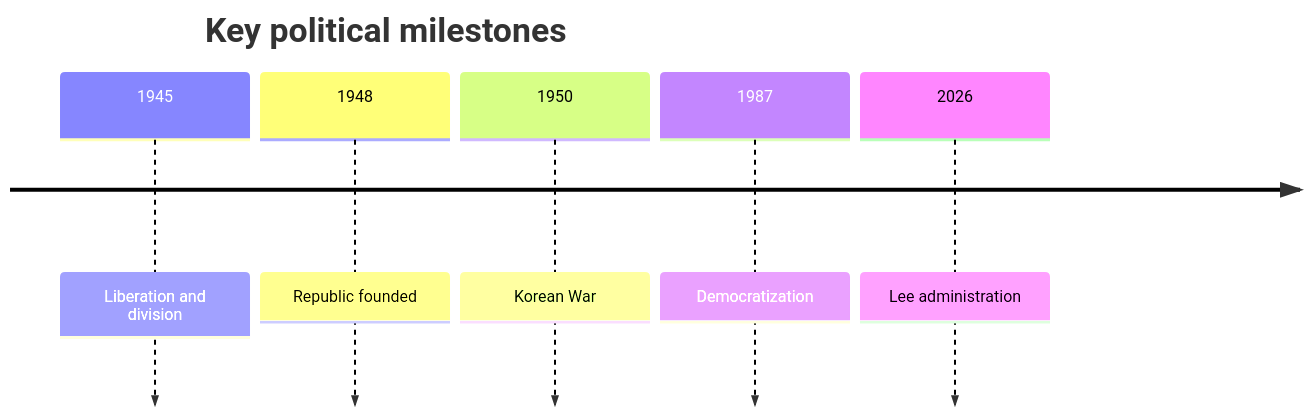
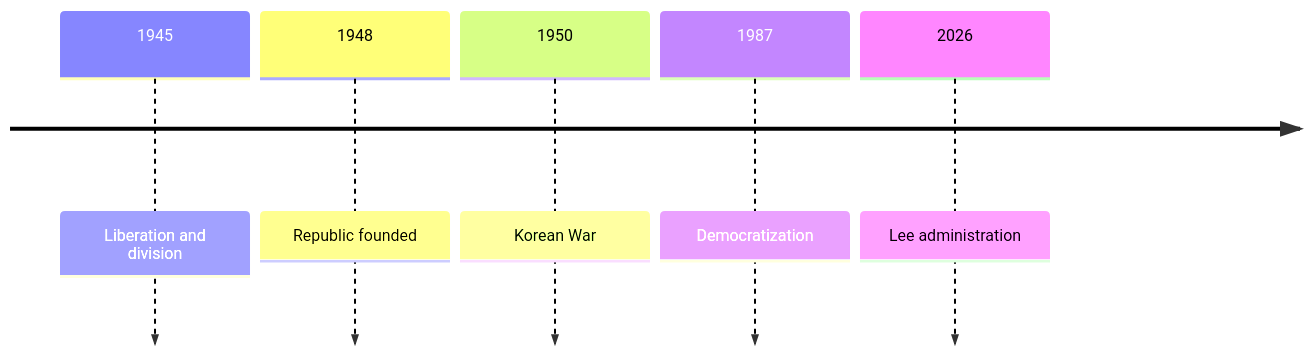
The first of 2 diagrams in articles/report/south-korea-geopolitical-profile/en/index.mdx (daylight55/research), drawn with Mermaid before and after one commit. The commit also changed other lines of this file and 181 other files, not shown here.

First line of the commit message:
全記事の図解368点を再生成し、共通注意書きを削除 (#402)

````diff
--- a/articles/report/south-korea-geopolitical-profile/en/index.mdx
+++ b/articles/report/south-korea-geopolitical-profile/en/index.mdx
@@ -36,9 +36,12 @@
 ```mermaid
 timeline
-  title Key political milestones
+  accTitle: Milestones in Korean division, war and democratization
+  accDescr: Review liberation and division, state formation, war, democratization and the recent government chronologically.
+  accTitle: Milestones in Korean division, war and democratization
+  accDescr: Review liberation and division, state formation, war, democratization and the recent government chronologically.
   1945 : Liberation and division
   1948 : Republic founded
   1950 : Korean War
   1987 : Democratization
   2026 : Lee administration
 ```
````
